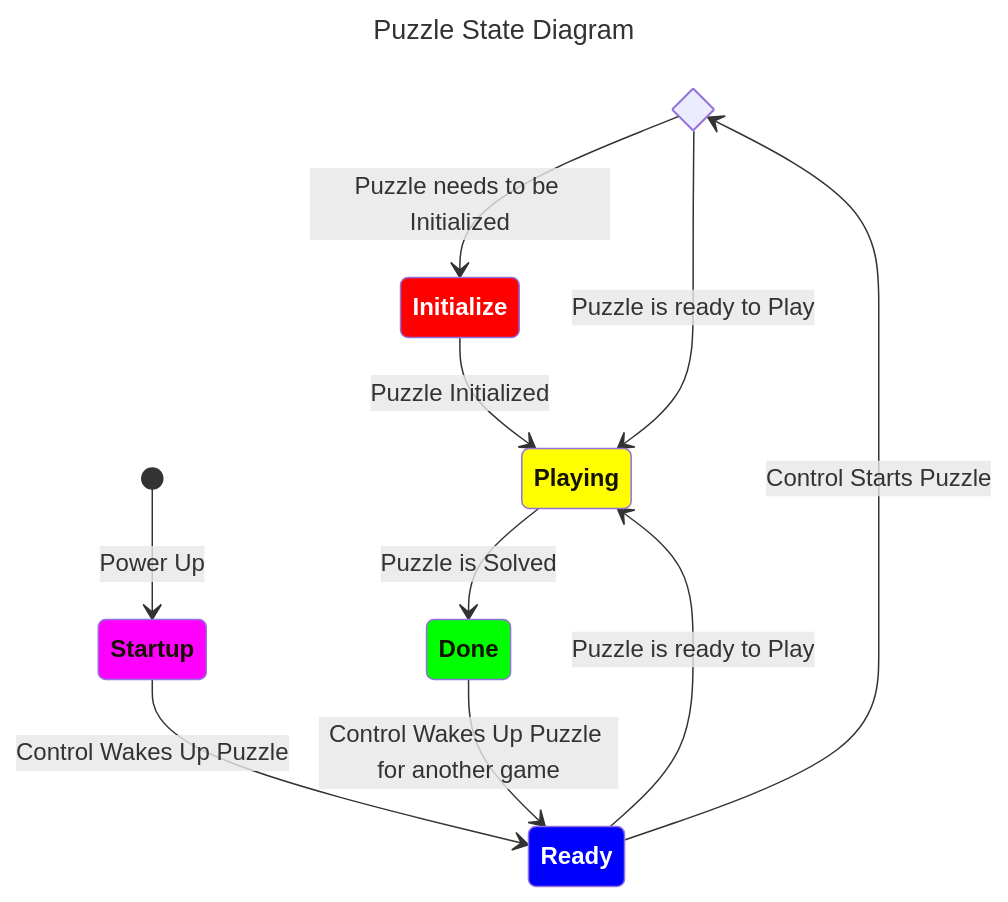
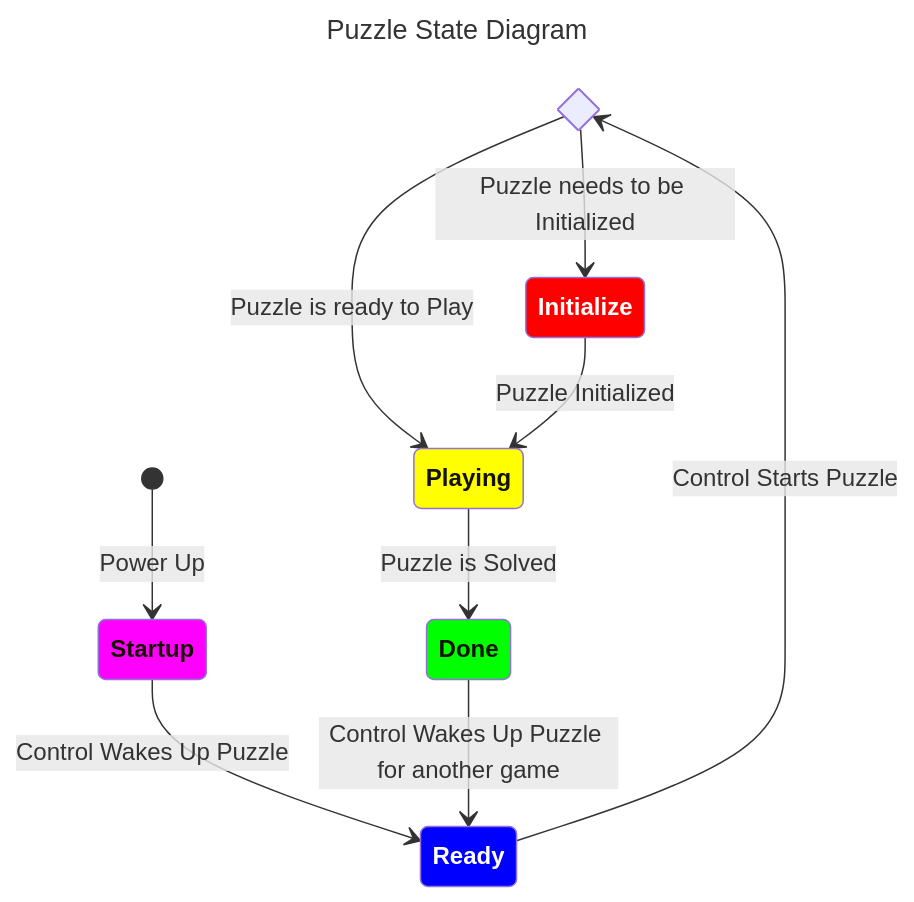
One commit to greggubben/PhoneHomeBusyBox changed the second of 2 diagrams in README.md. Above: the diagram before and after it, drawn with Mermaid.

Commit message:
architecture section state removed ready to playing

````diff
--- a/README.md
+++ b/README.md
@@ -106,33 +106,32 @@
 ```mermaid
 ---
 title: Puzzle State Diagram
 ---
 stateDiagram-v2
   direction TB
 
   state needsInitialized <<choice>>
 
   [*] --> Startup: Power Up
   Startup --> Ready: Control Wakes Up Puzzle
   Ready --> needsInitialized: Control Starts Puzzle
   needsInitialized --> Initialize: Puzzle needs to be Initialized
   needsInitialized --> Playing: Puzzle is ready to Play
   Initialize --> Playing: Puzzle Initialized
-  Ready --> Playing: Puzzle is ready to Play
   Playing --> Done: Puzzle is Solved
   Done --> Ready: Control Wakes Up Puzzle for another game
 
   classDef purple fill:#f0f,font-weight:bold
   classDef blue fill:#00F,color:white,font-weight:bold
   classDef red fill:#F00,color:white,font-weight:bold
   classDef yellow fill:#FF0,font-weight:bold
   classDef green fill:#0F0,font-weight:bold
   classDef cyan fill:#0FF,font-weight:bold
 
   class Startup purple
   class Ready blue
   class Initialize red
   class Playing yellow
   class Done green
 
 ```
````
